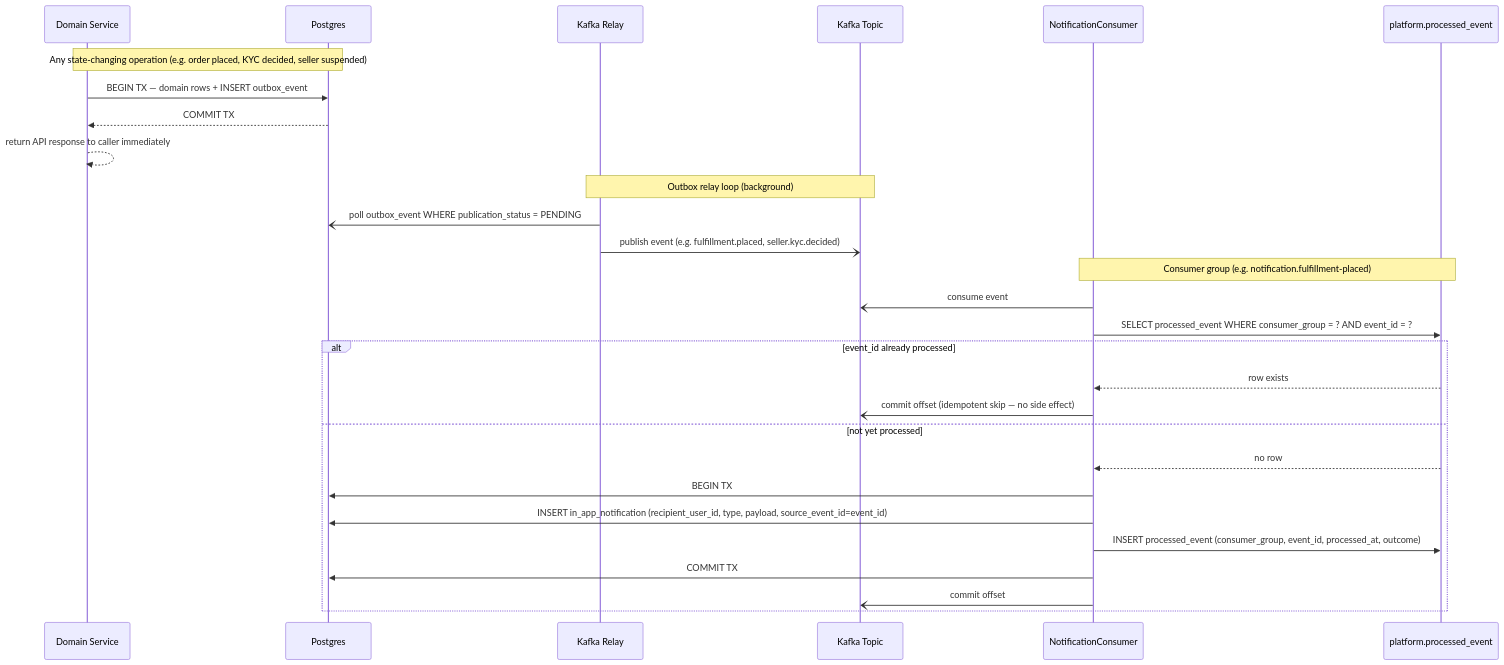
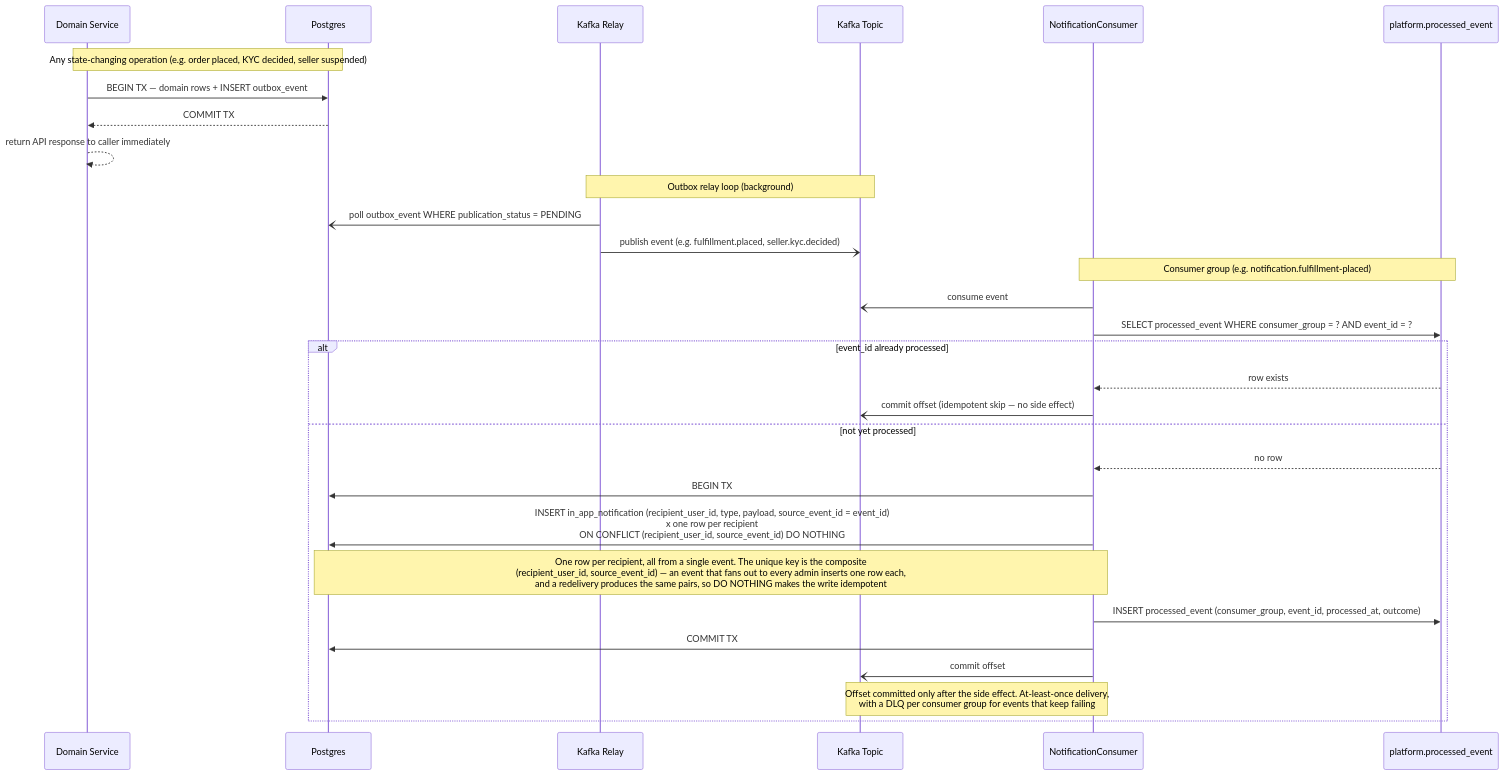
One commit to alisa-uthi/aliceut-ecom-document changed the fifth of 5 diagrams in phase-1/technical-design/api-design/notifications.md. Above: the diagram before and after it, drawn with Mermaid. The commit also changed other lines of this file and 73 other files, not shown here.

````diff
--- a/phase-1/technical-design/api-design/notifications.md
+++ b/phase-1/technical-design/api-design/notifications.md
@@ -177,33 +227,35 @@
 ```mermaid
 sequenceDiagram
     participant DS as Domain Service
     participant PG as Postgres
     participant Relay as Kafka Relay
     participant Kafka as Kafka Topic
     participant NC as NotificationConsumer
     participant PE as platform.processed_event
 
     Note over DS,PG: Any state-changing operation (e.g. order placed, KYC decided, seller suspended)
     DS->>PG: BEGIN TX — domain rows + INSERT outbox_event
     PG-->>DS: COMMIT TX
     DS-->>DS: return API response to caller immediately
 
     Note over Relay,Kafka: Outbox relay loop (background)
     Relay-)PG: poll outbox_event WHERE publication_status = PENDING
     Relay-)Kafka: publish event (e.g. fulfillment.placed, seller.kyc.decided)
 
     Note over NC,PE: Consumer group (e.g. notification.fulfillment-placed)
     NC-)Kafka: consume event
     NC->>PE: SELECT processed_event WHERE consumer_group = ? AND event_id = ?
     alt event_id already processed
         PE-->>NC: row exists
         NC-)Kafka: commit offset (idempotent skip — no side effect)
     else not yet processed
         PE-->>NC: no row
         NC->>PG: BEGIN TX
-        NC->>PG: INSERT in_app_notification (recipient_user_id, type, payload, source_event_id=event_id)
+        NC->>PG: INSERT in_app_notification (recipient_user_id, type, payload, source_event_id = event_id)<br/>x one row per recipient<br/>ON CONFLICT (recipient_user_id, source_event_id) DO NOTHING
+        Note over NC,PG: One row per recipient, all from a single event. The unique key is the composite<br/>(recipient_user_id, source_event_id) — an event that fans out to every admin inserts one row each,<br/>and a redelivery produces the same pairs, so DO NOTHING makes the write idempotent
         NC->>PE: INSERT processed_event (consumer_group, event_id, processed_at, outcome)
         NC->>PG: COMMIT TX
         NC-)Kafka: commit offset
+        Note over NC,Kafka: Offset committed only after the side effect. At-least-once delivery,<br/>with a DLQ per consumer group for events that keep failing
     end
 ```
````
